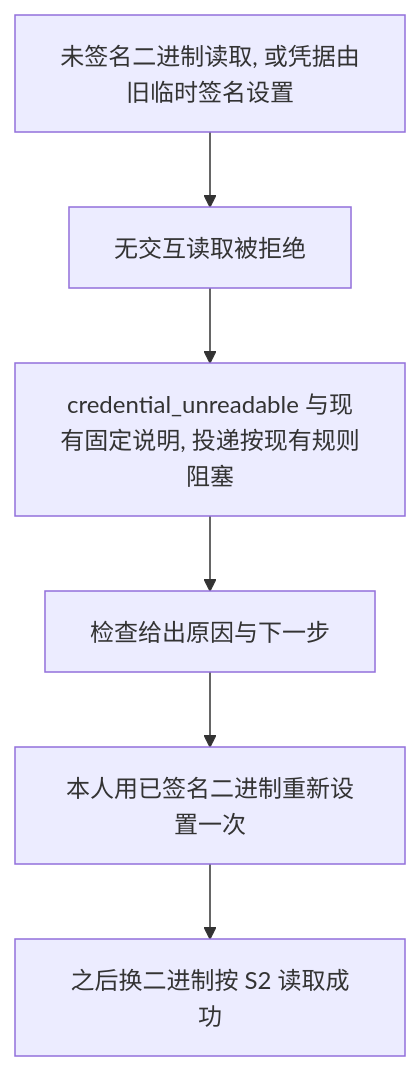
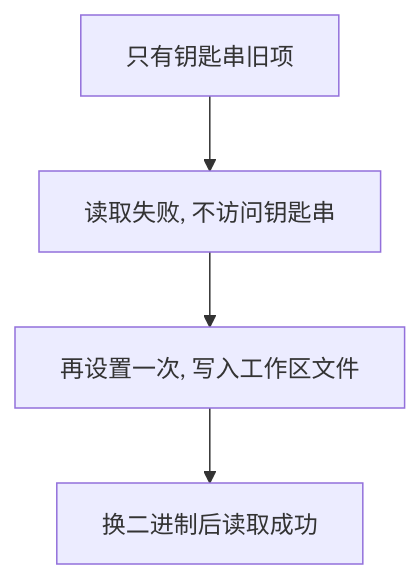
Before and after one commit to xforce-io/atelier: the third of 3 diagrams in docs/design/24-stable-signing-identity/product.md, drawn with Mermaid. The commit also changed other lines of this file and 12 other files, not shown here.

````diff
--- a/docs/design/24-stable-signing-identity/product.md
+++ b/docs/design/24-stable-signing-identity/product.md
@@ -206,8 +89,6 @@
 ```mermaid
 flowchart TD
-    A[未签名二进制读取, 或凭据由旧临时签名设置] --> B[无交互读取被拒绝]
-    B --> C[credential_unreadable 与现有固定说明, 投递按现有规则阻塞]
-    C --> D[检查给出原因与下一步]
-    D --> E[本人用已签名二进制重新设置一次]
-    E --> F[之后换二进制按 S2 读取成功]
+    A[只有钥匙串旧项] --> B[读取失败, 不访问钥匙串]
+    B --> C[再设置一次, 写入工作区文件]
+    C --> D[换二进制后读取成功]
 ```
````
